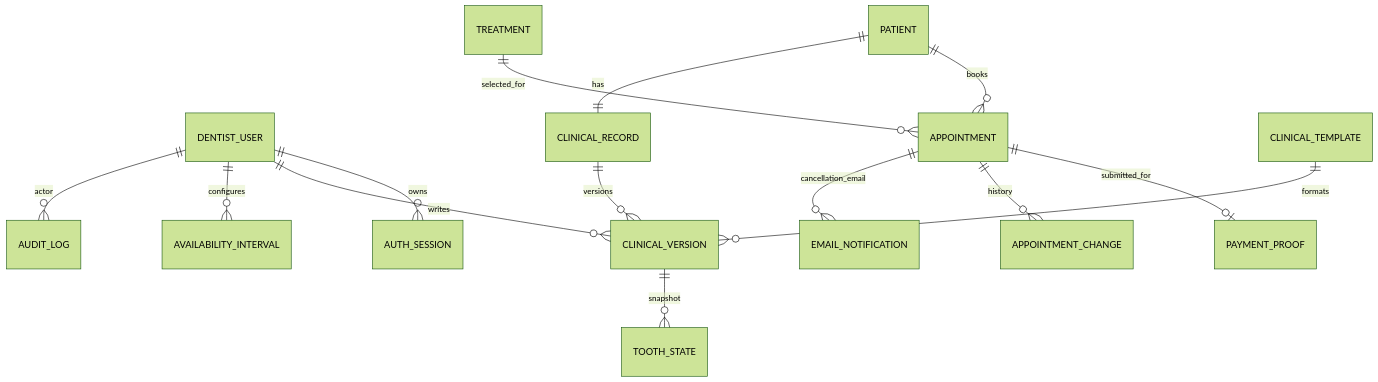
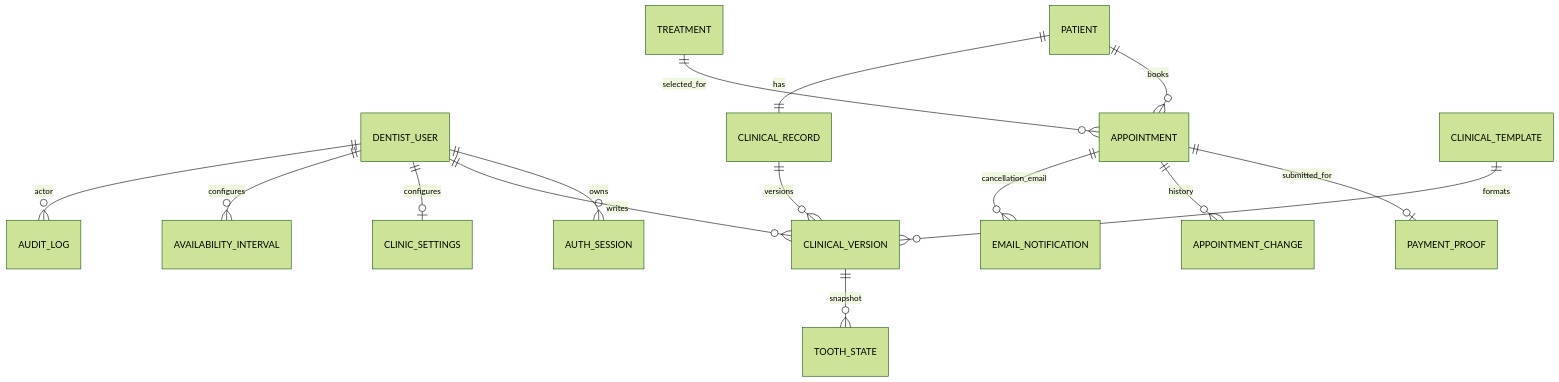
The diagram in docs/DATA-MODEL.md (acallecoymbra-cpu/SistemaDental), drawn with Mermaid (forest theme) before and after one commit. The commit also changed other lines of this file and 8 other files, not shown here.

````diff
--- a/docs/DATA-MODEL.md
+++ b/docs/DATA-MODEL.md
@@ -92,16 +97,17 @@
 ```mermaid
 erDiagram
  DENTIST_USER ||--o{ AUTH_SESSION : owns
  DENTIST_USER ||--o{ CLINICAL_VERSION : writes
  PATIENT ||--o{ APPOINTMENT : books
  PATIENT ||--|| CLINICAL_RECORD : has
  TREATMENT ||--o{ APPOINTMENT : selected_for
+ DENTIST_USER ||--o| CLINIC_SETTINGS : configures
  APPOINTMENT ||--o| PAYMENT_PROOF : submitted_for
  APPOINTMENT ||--o{ APPOINTMENT_CHANGE : history
  APPOINTMENT ||--o{ EMAIL_NOTIFICATION : cancellation_email
  CLINICAL_RECORD ||--o{ CLINICAL_VERSION : versions
  CLINICAL_TEMPLATE ||--o{ CLINICAL_VERSION : formats
  CLINICAL_VERSION ||--o{ TOOTH_STATE : snapshot
  DENTIST_USER ||--o{ AVAILABILITY_INTERVAL : configures
  DENTIST_USER ||--o{ AUDIT_LOG : actor
 ```
````
